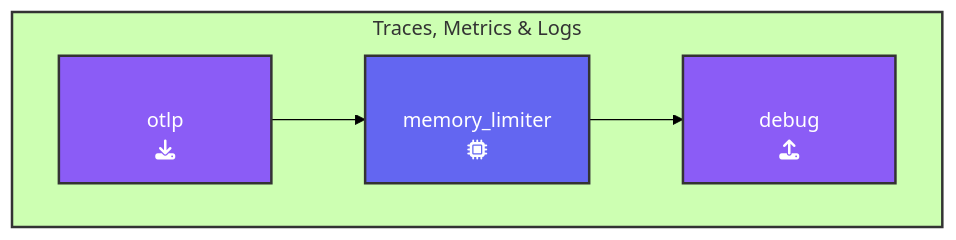
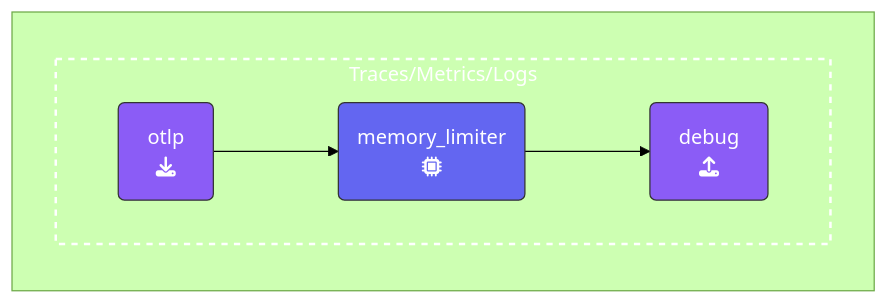
The diagram in content/en/ninja-workshops/10-advanced-otel/1-agent/_index.md (splunk/observability-workshop), drawn with Mermaid (forest theme) before and after one commit. The commit also changed 6 other files, not shown here.

Commit message:
Updated charts with dotted lines

````diff
--- a/content/en/ninja-workshops/10-advanced-otel/1-agent/_index.md
+++ b/content/en/ninja-workshops/10-advanced-otel/1-agent/_index.md
@@ -119,18 +119,21 @@
 ```mermaid
+%%{init:{"fontFamily":"monospace"}}%%
 graph LR
-  subgraph box[Traces, Metrics & Logs]
-    direction LR
     %% Nodes
-      A[otlp<br>fa:fa-download]:::receiver
-      D[memory_limiter<br>fa:fa-microchip]:::processor
-      L[debug<br>fa:fa-upload]:::exporter
+      REC1(&nbsp;&nbsp;otlp&nbsp;&nbsp;<br>fa:fa-download):::receiver
+      PRO1(memory_limiter<br>fa:fa-microchip):::processor
+      EXP1(&ensp;debug&ensp;<br>fa:fa-upload):::exporter
+    %% Links
+    subID1:::sub-traces
+    subgraph " "
+      subgraph subID1[Traces/Metrics/Logs]
+      direction LR
+      REC1 --> PRO1
+      PRO1 --> EXP1
+      end
     end
-    %% Links
-      A --> D
-      D --> L
-
-classDef receiver fill:#8b5cf6,stroke:#333,stroke-width:2px,padding-left:110px,color:#fff;
-classDef processor fill:#6366f1,stroke:#333,stroke-width:2px,padding-left:110px,color:#fff;
-classDef exporter fill:#8b5cf6,stroke:#333,stroke-width:2px, padding-left:110px,color:#fff;
-style box stroke:#333,stroke-width:2px,fill:#f9a9a9a;
+classDef receiver,exporter fill:#8b5cf6,stroke:#333,stroke-width:1px,color:#fff;
+classDef processor fill:#6366f1,stroke:#333,stroke-width:1px,color:#fff;
+classDef con-receive,con-export fill:#45c175,stroke:#333,stroke-width:1px,color:#fff;
+classDef sub-traces stroke:#fff,stroke-width:2px, color:#fff,stroke-dasharray: 5 5;
 ```
````
